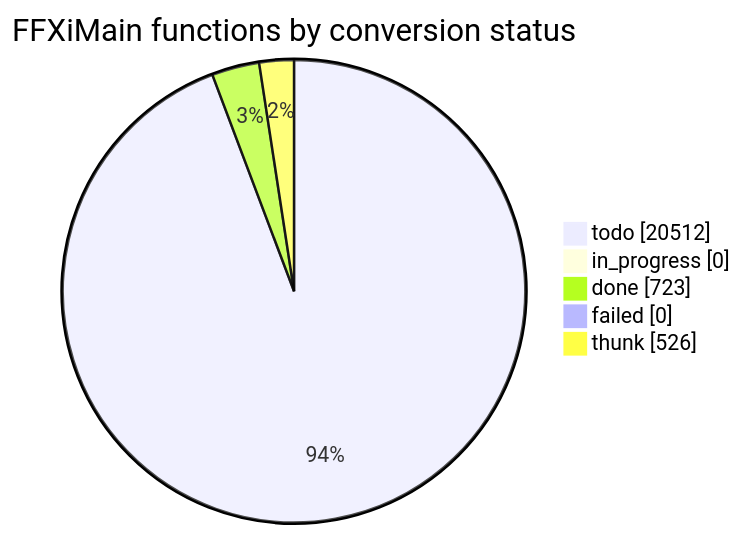
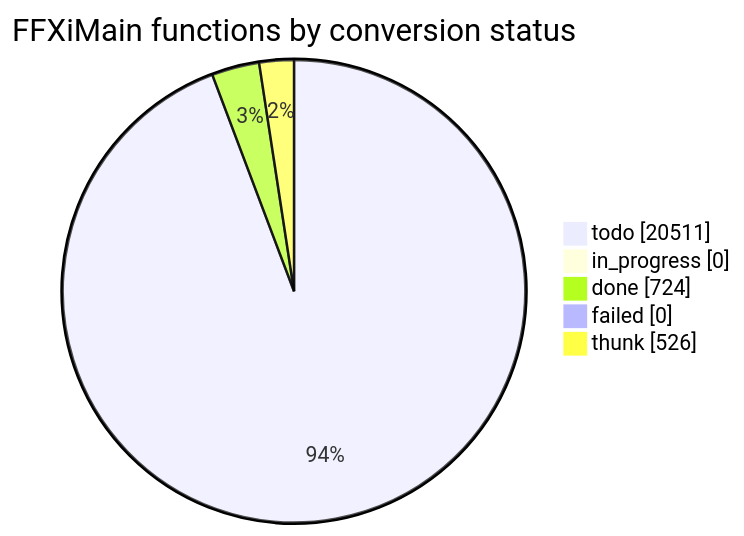
Before and after one commit to cowrevenge/cow_kuluu_xi_anything: the diagram in docs/cow/STATUS.md, drawn with Mermaid. The commit also changed other lines of this file and 9 other files, not shown here.

````diff
--- a/docs/cow/STATUS.md
+++ b/docs/cow/STATUS.md
@@ -18,9 +18,9 @@
 ```mermaid
 pie showData
     title FFXiMain functions by conversion status
-    "todo" : 20512
+    "todo" : 20511
     "in_progress" : 0
-    "done" : 723
+    "done" : 724
     "failed" : 0
     "thunk" : 526
 ```
````
